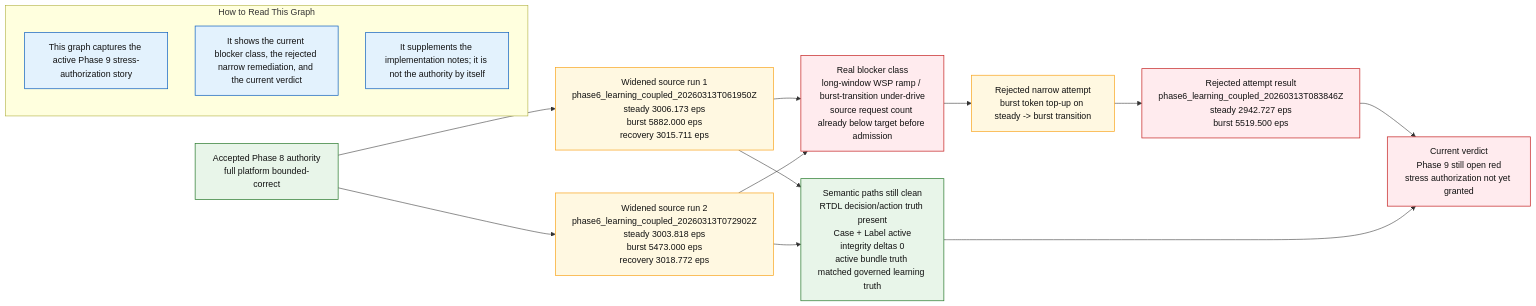
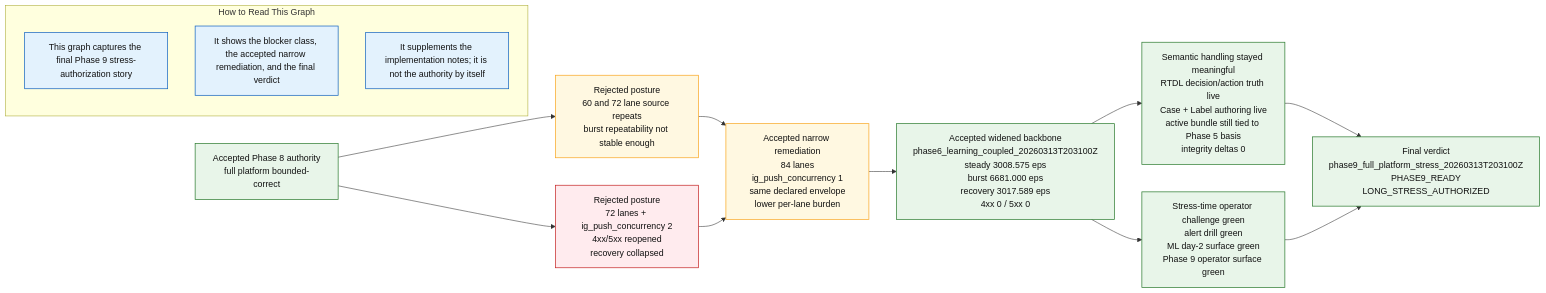
One commit to EsosaOrumwese/fraud-detection-system changed the diagram in docs/design/platform/dev_full/graph/readiness/dev_full_platform_stress_readiness_delta_current_v0.mermaid.mmd. Above: the diagram before and after it, drawn with Mermaid. The commit also changed 6 other files, not shown here.

Commit message:
Close Phase9 bounded stress authorization

```diff
--- a/docs/design/platform/dev_full/graph/readiness/dev_full_platform_stress_readiness_delta_current_v0.mermaid.mmd
+++ b/docs/design/platform/dev_full/graph/readiness/dev_full_platform_stress_readiness_delta_current_v0.mermaid.mmd
@@ -1,43 +1,42 @@
 ---
 config:
   layout: dagre
   theme: default
 ---
-%% Active / latest Phase 9 full-platform bounded stress authorization story
+%% Final Phase 9 full-platform bounded stress authorization story
 flowchart LR
 
   subgraph LEGEND["How to Read This Graph"]
-    L1["This graph captures the active Phase 9 stress-authorization story"]
-    L2["It shows the current blocker class, the rejected narrow remediation, and the current verdict"]
+    L1["This graph captures the final Phase 9 stress-authorization story"]
+    L2["It shows the blocker class, the accepted narrow remediation, and the final verdict"]
     L3["It supplements the implementation notes; it is not the authority by itself"]
   end
 
   P8["Accepted Phase 8 authority<br>full platform bounded-correct"]
-  SRC1["Widened source run 1<br>phase6_learning_coupled_20260313T061950Z<br>steady 3006.173 eps<br>burst 5882.000 eps<br>recovery 3015.711 eps"]
-  SRC2["Widened source run 2<br>phase6_learning_coupled_20260313T072902Z<br>steady 3003.818 eps<br>burst 5473.000 eps<br>recovery 3018.772 eps"]
-  CLEAN["Semantic paths still clean<br>RTDL decision/action truth present<br>Case + Label active<br>integrity deltas 0<br>active bundle truth matched governed learning truth"]
-  BLOCKER["Real blocker class<br>long-window WSP ramp / burst-transition under-drive<br>source request count already below target before admission"]
-  TRY["Rejected narrow attempt<br>burst token top-up on steady -> burst transition"]
-  TRYRUN["Rejected attempt result<br>phase6_learning_coupled_20260313T083846Z<br>steady 2942.727 eps<br>burst 5519.500 eps"]
-  VERDICT["Current verdict<br>Phase 9 still open red<br>stress authorization not yet granted"]
+  RED1["Rejected posture<br>60 and 72 lane source repeats<br>burst repeatability not stable enough"]
+  RED2["Rejected posture<br>72 lanes + ig_push_concurrency 2<br>4xx/5xx reopened<br>recovery collapsed"]
+  FIX["Accepted narrow remediation<br>84 lanes<br>ig_push_concurrency 1<br>same declared envelope<br>lower per-lane burden"]
+  BACKBONE["Accepted widened backbone<br>phase6_learning_coupled_20260313T203100Z<br>steady 3008.575 eps<br>burst 6681.000 eps<br>recovery 3017.589 eps<br>4xx 0 / 5xx 0"]
+  SEM["Semantic handling stayed meaningful<br>RTDL decision/action truth live<br>Case + Label authoring live<br>active bundle still tied to Phase 5 basis<br>integrity deltas 0"]
+  OPS["Stress-time operator challenge green<br>alert drill green<br>ML day-2 surface green<br>Phase 9 operator surface green"]
+  READY["Final verdict<br>phase9_full_platform_stress_20260313T203100Z<br>PHASE9_READY<br>LONG_STRESS_AUTHORIZED"]
 
-  P8 --> SRC1
-  P8 --> SRC2
-  SRC1 --> CLEAN
-  SRC2 --> CLEAN
-  SRC1 --> BLOCKER
-  SRC2 --> BLOCKER
-  BLOCKER --> TRY
-  TRY --> TRYRUN
-  TRYRUN --> VERDICT
-  CLEAN --> VERDICT
+  P8 --> RED1
+  P8 --> RED2
+  RED1 --> FIX
+  RED2 --> FIX
+  FIX --> BACKBONE
+  BACKBONE --> SEM
+  BACKBONE --> OPS
+  SEM --> READY
+  OPS --> READY
 
   classDef ready fill:#e8f5e9,stroke:#2e7d32,color:#111,stroke-width:1.3px;
   classDef red fill:#ffebee,stroke:#c62828,color:#111,stroke-width:1.3px;
   classDef amber fill:#fff8e1,stroke:#f9a825,color:#111,stroke-width:1.3px;
   classDef note fill:#e3f2fd,stroke:#1565c0,color:#111,stroke-width:1.3px;
 
-  class P8,CLEAN ready;
-  class BLOCKER,TRYRUN,VERDICT red;
-  class SRC1,SRC2,TRY amber;
+  class P8,BACKBONE,SEM,OPS,READY ready;
+  class RED2 red;
+  class RED1,FIX amber;
   class L1,L2,L3 note;
```
